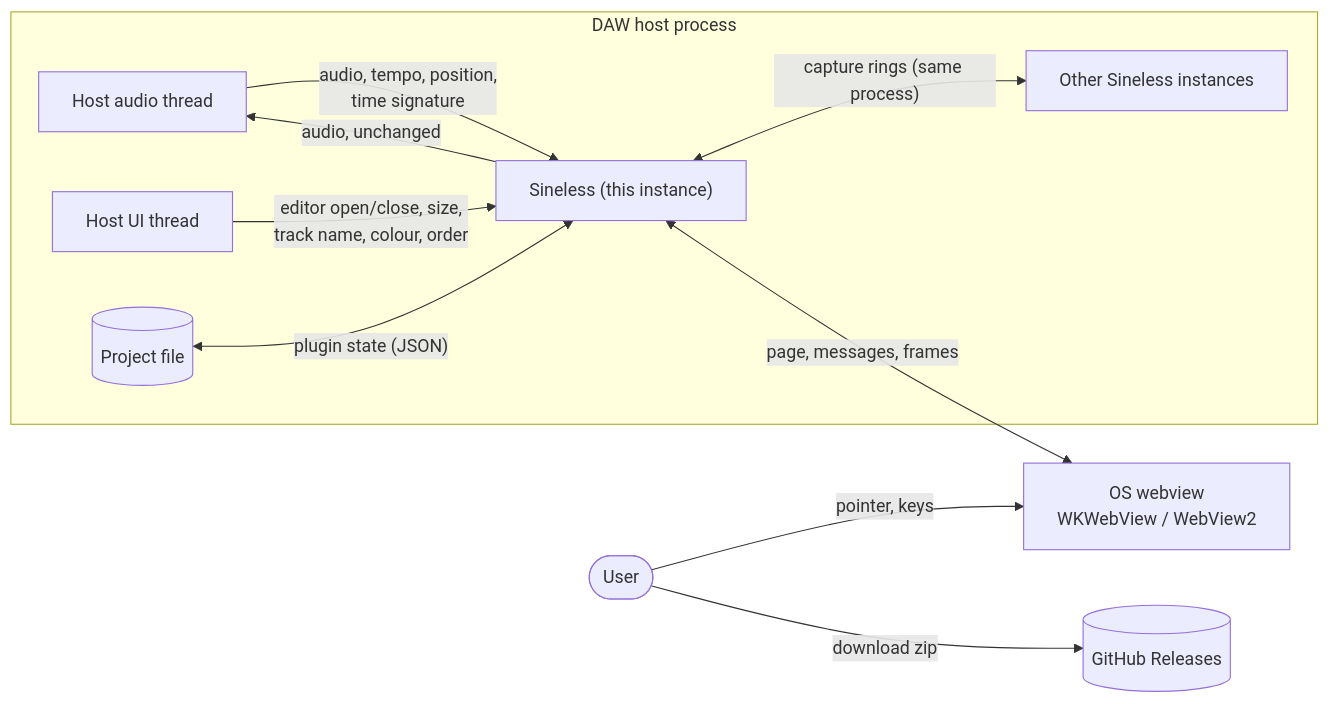
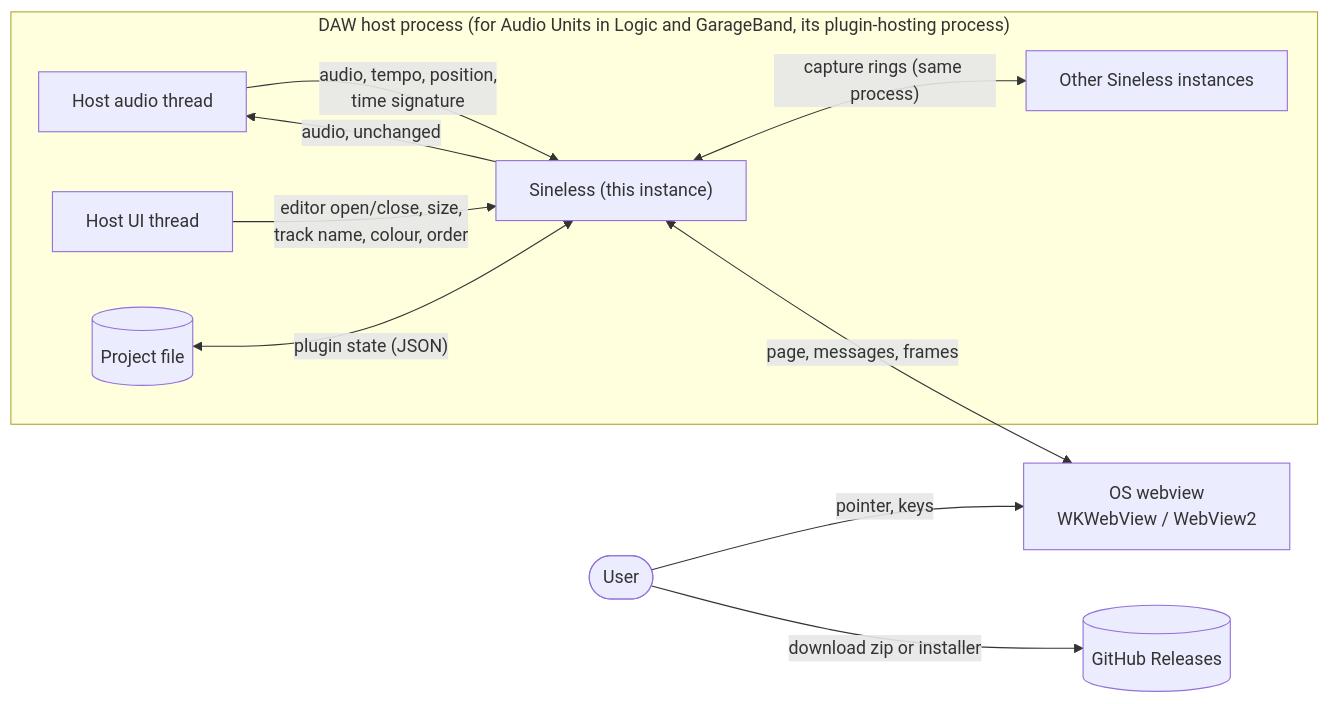
The first of 12 diagrams in docs/DESIGN.md (orizonaudio/Sineless), drawn with Mermaid before and after one commit. The commit also changed other lines of this file and 3 other files, not shown here.

````diff
--- a/docs/DESIGN.md
+++ b/docs/DESIGN.md
@@ -291,22 +293,22 @@
 ```mermaid
 flowchart LR
   User([User])
-  subgraph Host["DAW host process"]
+  subgraph Host["DAW host process (for Audio Units in Logic and GarageBand, its plugin-hosting process)"]
     AudioThread["Host audio thread"]
     HostUI["Host UI thread"]
     Project[("Project file")]
     S1["Sineless (this instance)"]
     S2["Other Sineless instances"]
   end
   Webview["OS webview<br/>WKWebView / WebView2"]
   Releases[("GitHub Releases")]
 
   AudioThread -- "audio, tempo, position,<br/>time signature" --> S1
   S1 -- "audio, unchanged" --> AudioThread
   HostUI -- "editor open/close, size,<br/>track name, colour, order" --> S1
   Project <-- "plugin state (JSON)" --> S1
   S1 <-- "capture rings (same process)" --> S2
   S1 <-- "page, messages, frames" --> Webview
   User -- "pointer, keys" --> Webview
-  User -- "download zip" --> Releases
+  User -- "download zip or installer" --> Releases
 ```
````
